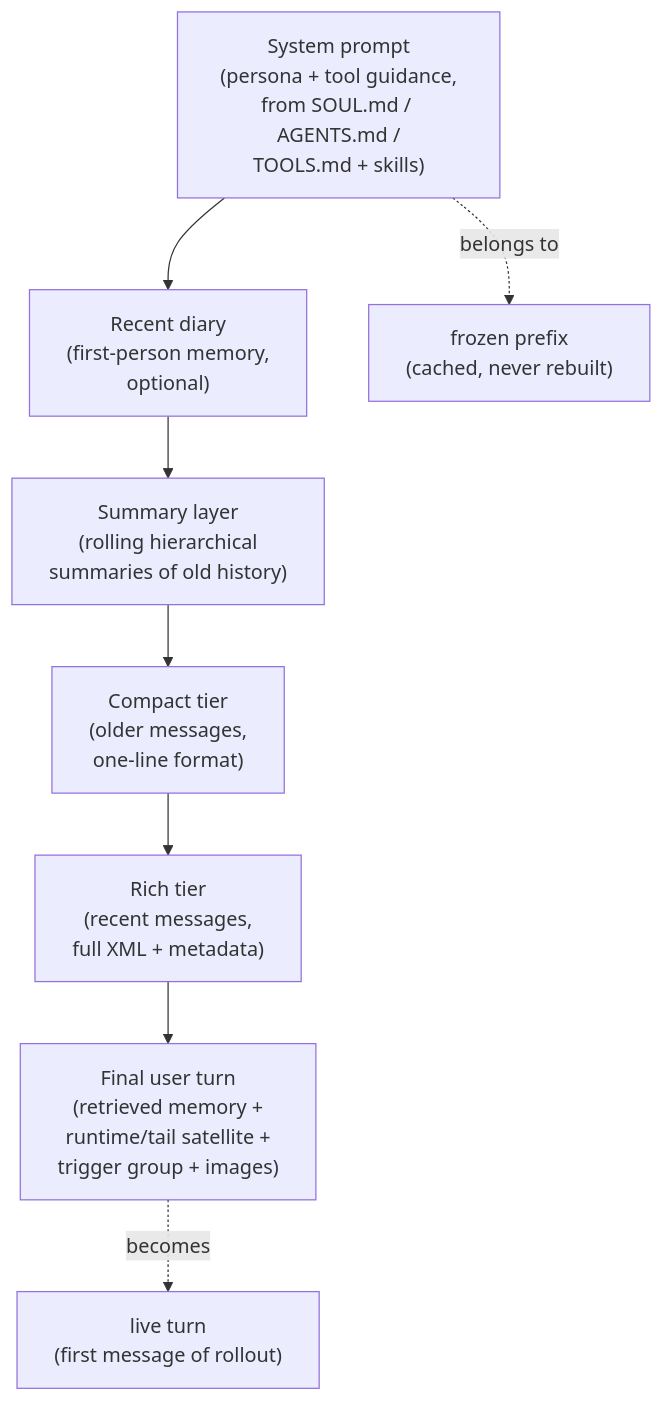
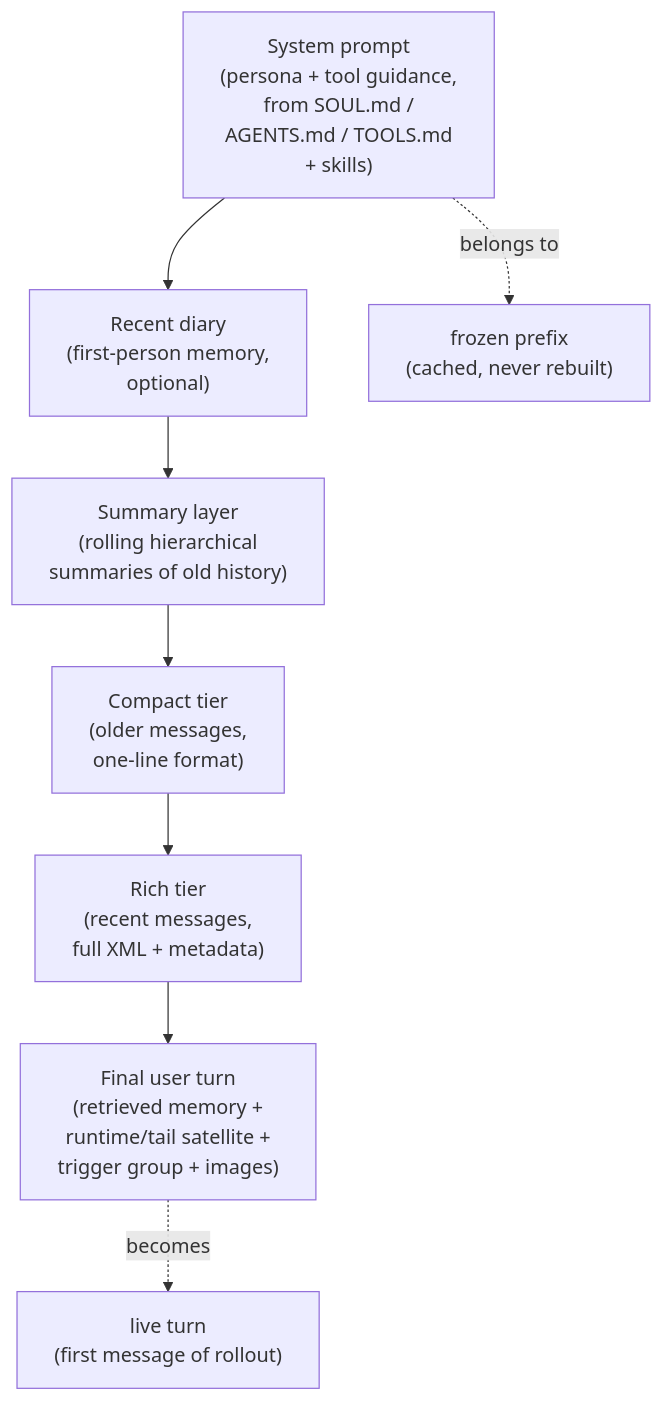
The first of 3 diagrams in README.md (reasv/mikuswarm), drawn with Mermaid before and after one commit.

````diff
--- a/README.md
+++ b/README.md
@@ -50,16 +50,16 @@
 ```mermaid
 flowchart TD
-    SP["System prompt<br/>(persona + tool guidance,<br/>from SOUL.md / AGENTS.md /<br/>TOOLS.md + skills)"]
+    SP["System prompt<br/>(persona + tool guidance,<br/>from SOUL.md /<br/>AGENTS.md / TOOLS.md<br/>+ skills)"]
     DIARY["Recent diary<br/>(first-person memory,<br/>optional)"]
     SUM["Summary layer<br/>(rolling hierarchical<br/>summaries of old history)"]
     COMPACT["Compact tier<br/>(older messages,<br/>one-line format)"]
     RICH["Rich tier<br/>(recent messages,<br/>full XML + metadata)"]
     FINAL["Final user turn<br/>(retrieved memory +<br/>runtime/tail satellite +<br/>trigger group + images)"]
 
     SP --> DIARY --> SUM --> COMPACT --> RICH --> FINAL
 
     FROZEN["frozen prefix<br/>(cached, never rebuilt)"]
     LIVE["live turn<br/>(first message of rollout)"]
     SP -.->|belongs to| FROZEN
     FINAL -.->|becomes| LIVE
 ```
````
